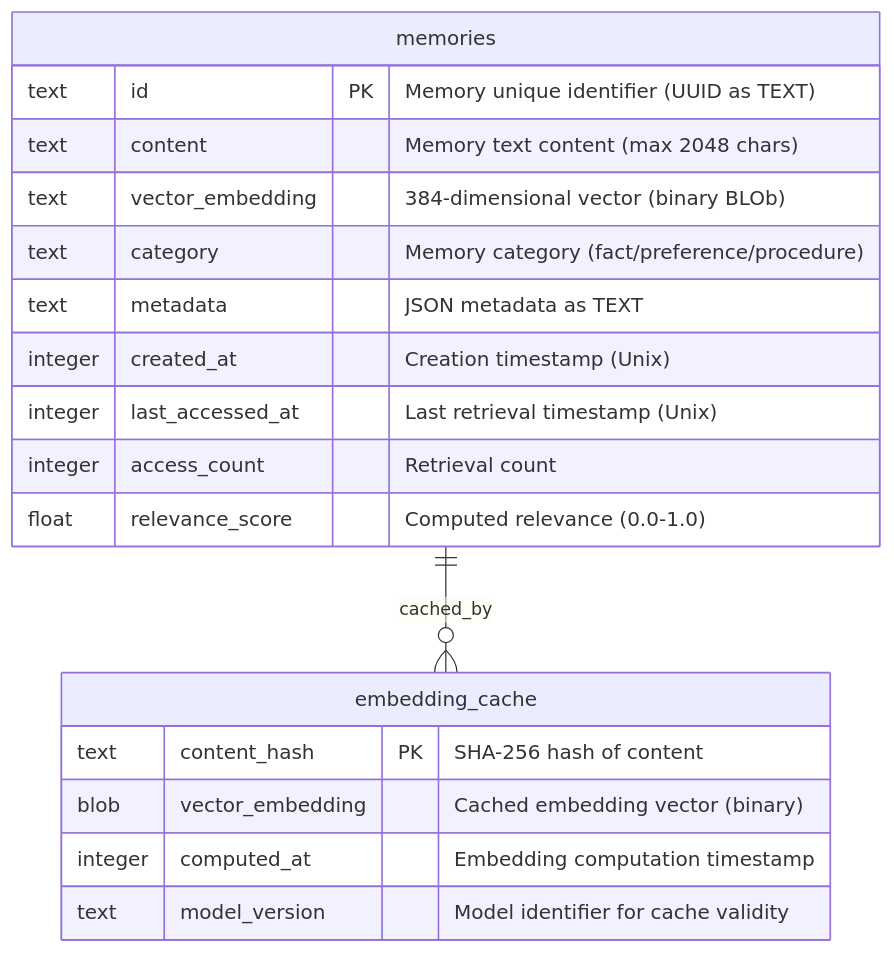
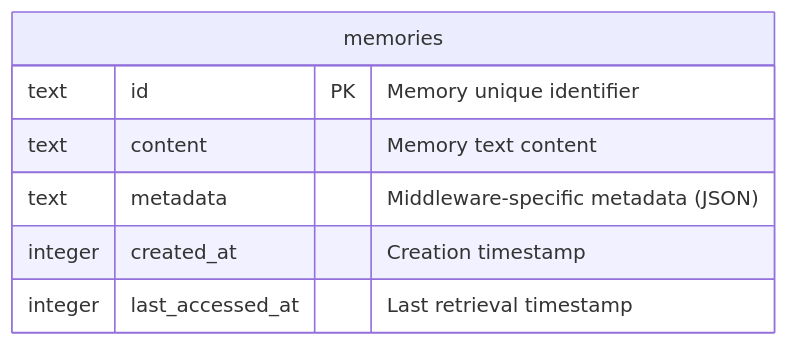
One commit to openkraken-ai/openkraken changed the third of 5 diagrams in TechSpec.md. Above: the diagram before and after it, drawn with Mermaid. The commit also changed other lines of this file, not shown here.

````diff
--- a/TechSpec.md
+++ b/TechSpec.md
@@ -220,23 +278,10 @@
 ```mermaid
 erDiagram
     memories {
-        text id PK "Memory unique identifier (UUID as TEXT)"
-        text content "Memory text content (max 2048 chars)"
-        text vector_embedding "384-dimensional vector (binary BLOb)"
-        text category "Memory category (fact/preference/procedure)"
-        text metadata "JSON metadata as TEXT"
-        integer created_at "Creation timestamp (Unix)"
-        integer last_accessed_at "Last retrieval timestamp (Unix)"
-        integer access_count "Retrieval count"
-        float relevance_score "Computed relevance (0.0-1.0)"
+        text id PK "Memory unique identifier"
+        text content "Memory text content"
+        text metadata "Middleware-specific metadata (JSON)"
+        integer created_at "Creation timestamp"
+        integer last_accessed_at "Last retrieval timestamp"
     }
-    
-    embedding_cache {
-        text content_hash PK "SHA-256 hash of content"
-        blob vector_embedding "Cached embedding vector (binary)"
-        integer computed_at "Embedding computation timestamp"
-        text model_version "Model identifier for cache validity"
-    }
-    
-    memories ||--o{ embedding_cache : "cached_by"
 ```
````
